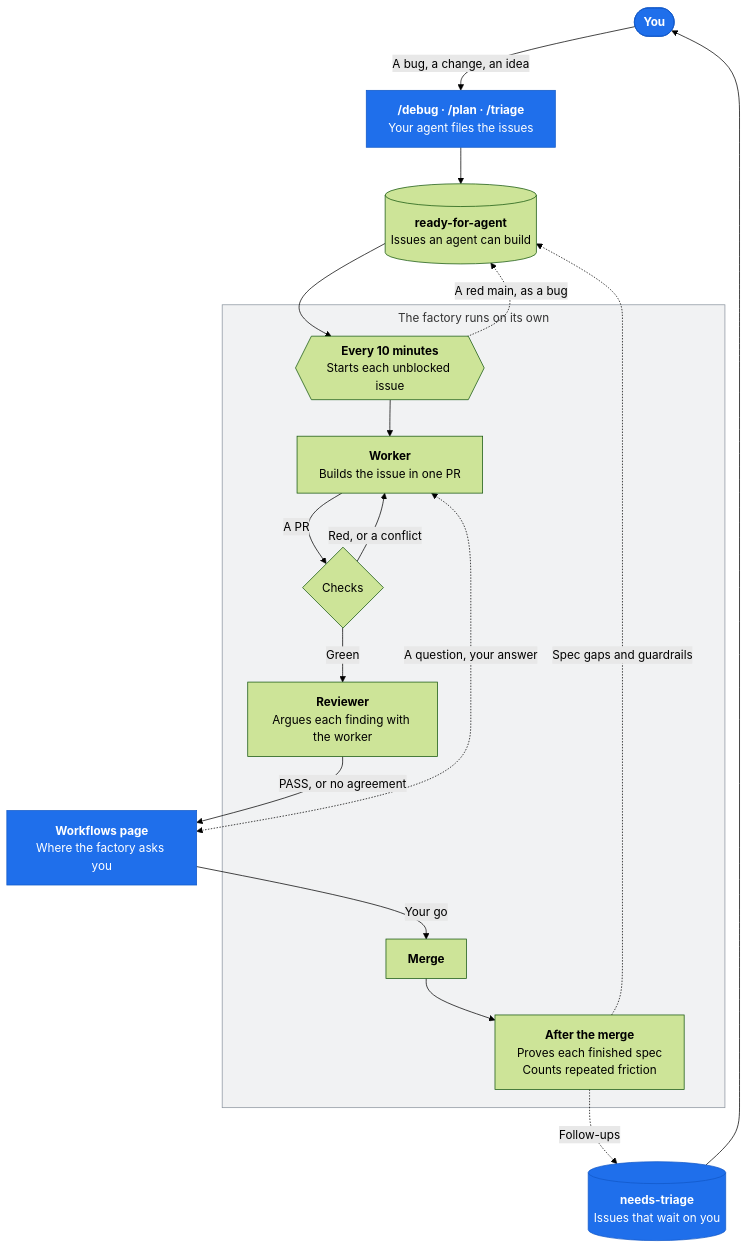
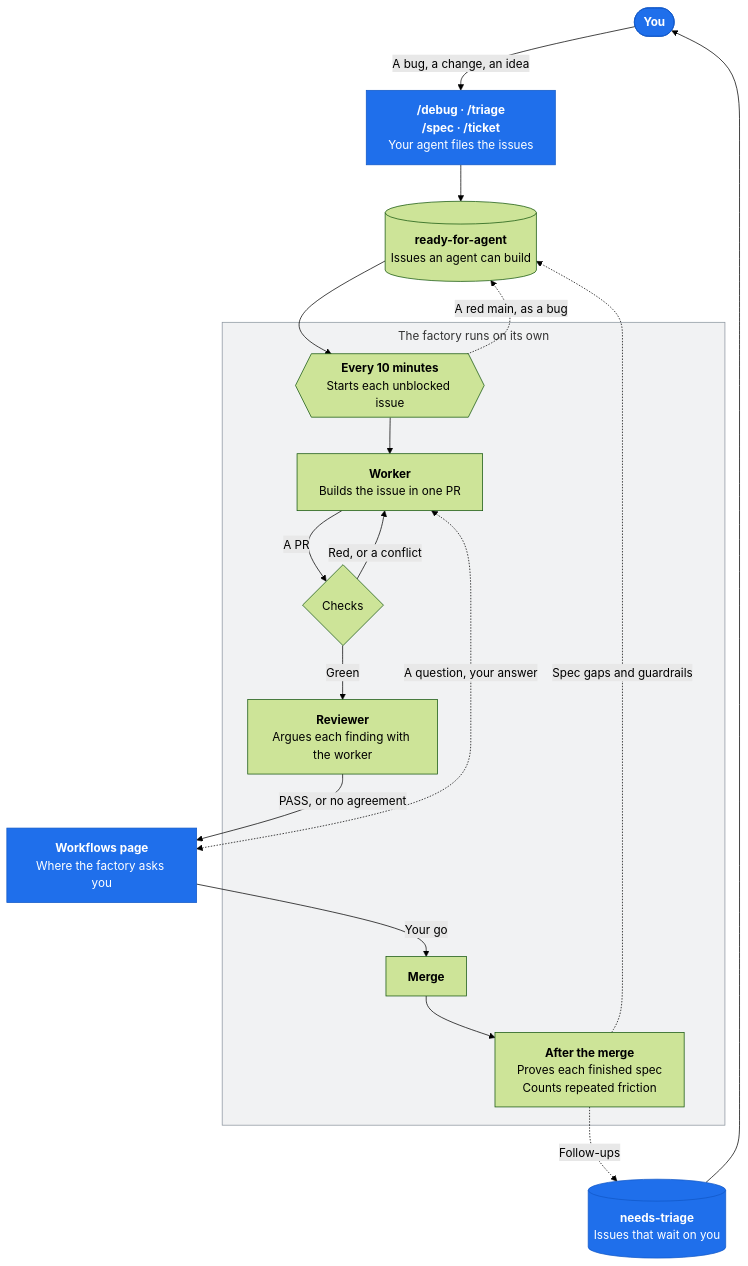
Before and after one commit to dante-sparras/skills: the diagram in README.md, drawn with Mermaid (forest theme). The commit also changed other lines of this file and 39 other files, not shown here.

First line of the commit message:
refactor(skills): reshape the skills around spec, ticket, prove, and factory (#54)

````diff
--- a/README.md
+++ b/README.md
@@ -17,37 +17,37 @@
 ```mermaid
 %%{init: {"flowchart": {"subGraphTitleMargin": {"top": 6, "bottom": 12}}}}%%
 flowchart TD
     you(["<b>You</b>"]):::you
-    intake["<b>/debug · /plan · /triage</b><br/>Your agent files the issues"]:::you
+    intake["<b>/debug · /triage</b><br/><b>/spec · /ticket</b><br/>Your agent files the issues"]:::you
     ready[("<b>ready-for-agent</b><br/>Issues an agent can build")]
     ask["<b>Workflows page</b><br/>Where the factory asks you"]:::you
     triage[("<b>needs-triage</b><br/>Issues that wait on you")]:::you
 
     subgraph factory["The factory runs on its own"]
         start{{"<b>Every 10 minutes</b><br/>Starts each unblocked issue"}}
         worker["<b>Worker</b><br/>Builds the issue in one PR"]
         checks{"Checks"}
         review["<b>Reviewer</b><br/>Argues each finding with the worker"]
         merge["<b>Merge</b>"]
         learn["<b>After the merge</b><br/>Proves each finished spec<br/>Counts repeated friction"]
     end
 
     you -- "A bug, a change, an idea" --> intake
     intake --> ready
     ready --> start
     start --> worker
     worker -- "A PR" --> checks
     checks -- "Red, or a conflict" --> worker
     checks -- "Green" --> review
     review -- "PASS, or no agreement" --> ask
     worker <-. "A question, your answer" .-> ask
     ask -- "Your go" --> merge
     merge --> learn
     start -. "A red main, as a bug" .-> ready
     learn -. "Spec gaps and guardrails" .-> ready
     learn -. "Follow-ups" .-> triage
     triage --> you
 
     classDef you fill:#1f6feb,stroke:#1158c7,color:#ffffff
     style factory fill:#8b949e1f,stroke:#8b949e
 ```
````
